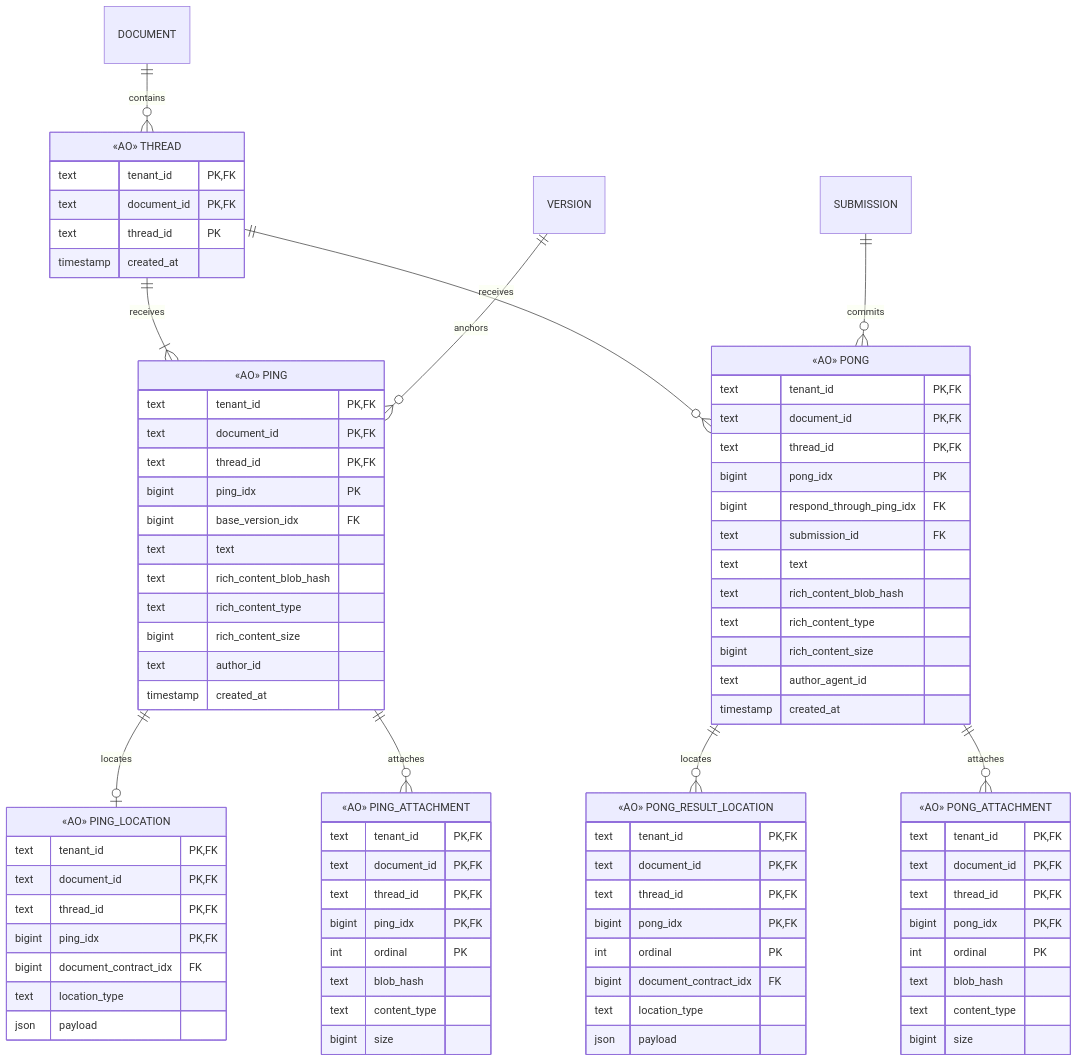
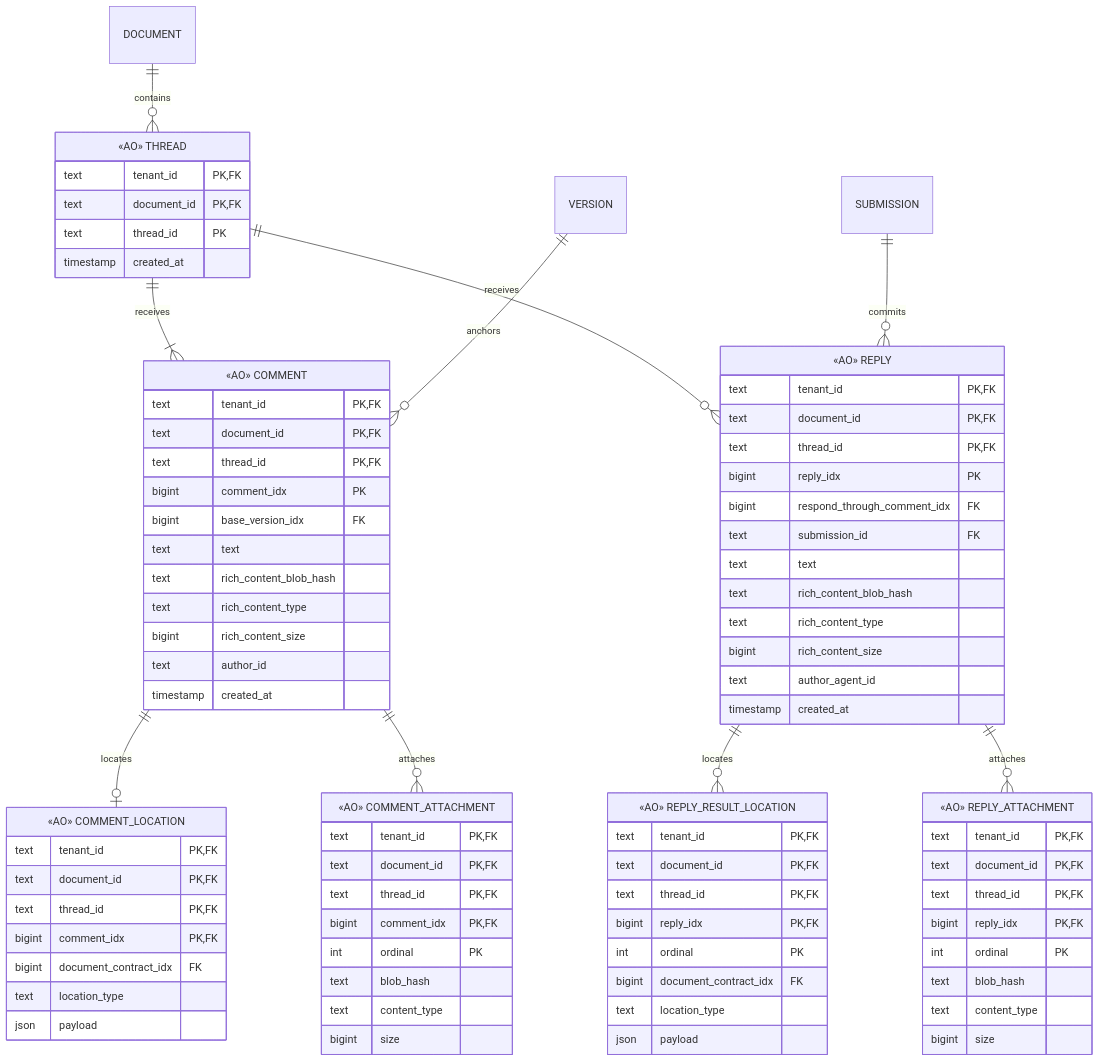
One commit to shazhou-ww/unidocs changed the fourth of 5 diagrams in docs/design/platform-v0/platform-er-model-v0.md. Above: the diagram before and after it, drawn with Mermaid. The commit also changed other lines of this file and 21 other files, not shown here.

````diff
--- a/docs/design/platform-v0/platform-er-model-v0.md
+++ b/docs/design/platform-v0/platform-er-model-v0.md
@@ -286,14 +286,14 @@
 ```mermaid
 erDiagram
     DOCUMENT ||--o{ THREAD : contains
-    THREAD ||--|{ PING : receives
-    VERSION ||--o{ PING : anchors
-    PING ||--o| PING_LOCATION : locates
-    PING ||--o{ PING_ATTACHMENT : attaches
-    THREAD ||--o{ PONG : receives
-    SUBMISSION ||--o{ PONG : commits
-    PONG ||--o{ PONG_RESULT_LOCATION : locates
-    PONG ||--o{ PONG_ATTACHMENT : attaches
+    THREAD ||--|{ COMMENT : receives
+    VERSION ||--o{ COMMENT : anchors
+    COMMENT ||--o| COMMENT_LOCATION : locates
+    COMMENT ||--o{ COMMENT_ATTACHMENT : attaches
+    THREAD ||--o{ REPLY : receives
+    SUBMISSION ||--o{ REPLY : commits
+    REPLY ||--o{ REPLY_RESULT_LOCATION : locates
+    REPLY ||--o{ REPLY_ATTACHMENT : attaches
 
     THREAD["«AO» THREAD"] {
         text tenant_id PK,FK
@@ -301,11 +301,11 @@
         text thread_id PK
         timestamp created_at
     }
-    PING["«AO» PING"] {
+    COMMENT["«AO» COMMENT"] {
         text tenant_id PK,FK
         text document_id PK,FK
         text thread_id PK,FK
-        bigint ping_idx PK
+        bigint comment_idx PK
         bigint base_version_idx FK
         text text
         text rich_content_blob_hash
@@ -314,31 +314,31 @@
         text author_id
         timestamp created_at
     }
-    PING_LOCATION["«AO» PING_LOCATION"] {
+    COMMENT_LOCATION["«AO» COMMENT_LOCATION"] {
         text tenant_id PK,FK
         text document_id PK,FK
         text thread_id PK,FK
-        bigint ping_idx PK,FK
+        bigint comment_idx PK,FK
         bigint document_contract_idx FK
         text location_type
         json payload
     }
-    PING_ATTACHMENT["«AO» PING_ATTACHMENT"] {
+    COMMENT_ATTACHMENT["«AO» COMMENT_ATTACHMENT"] {
         text tenant_id PK,FK
         text document_id PK,FK
         text thread_id PK,FK
-        bigint ping_idx PK,FK
+        bigint comment_idx PK,FK
         int ordinal PK
         text blob_hash
         text content_type
         bigint size
     }
-    PONG["«AO» PONG"] {
+    REPLY["«AO» REPLY"] {
         text tenant_id PK,FK
         text document_id PK,FK
         text thread_id PK,FK
-        bigint pong_idx PK
-        bigint respond_through_ping_idx FK
+        bigint reply_idx PK
+        bigint respond_through_comment_idx FK
         text submission_id FK
         text text
         text rich_content_blob_hash
@@ -347,21 +347,21 @@
         text author_agent_id
         timestamp created_at
     }
-    PONG_RESULT_LOCATION["«AO» PONG_RESULT_LOCATION"] {
+    REPLY_RESULT_LOCATION["«AO» REPLY_RESULT_LOCATION"] {
         text tenant_id PK,FK
         text document_id PK,FK
         text thread_id PK,FK
-        bigint pong_idx PK,FK
+        bigint reply_idx PK,FK
         int ordinal PK
         bigint document_contract_idx FK
         text location_type
         json payload
     }
-    PONG_ATTACHMENT["«AO» PONG_ATTACHMENT"] {
+    REPLY_ATTACHMENT["«AO» REPLY_ATTACHMENT"] {
         text tenant_id PK,FK
         text document_id PK,FK
         text thread_id PK,FK
-        bigint pong_idx PK,FK
+        bigint reply_idx PK,FK
         int ordinal PK
         text blob_hash
         text content_type
````
